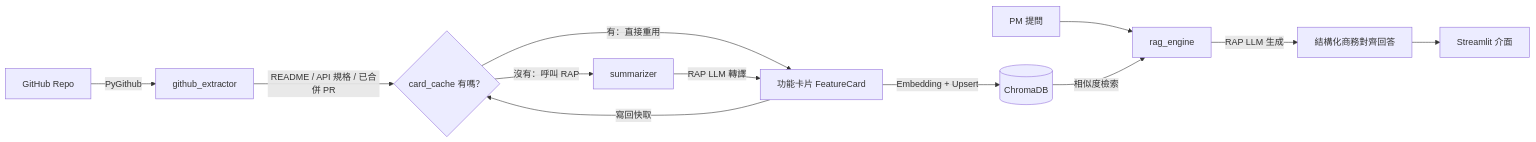
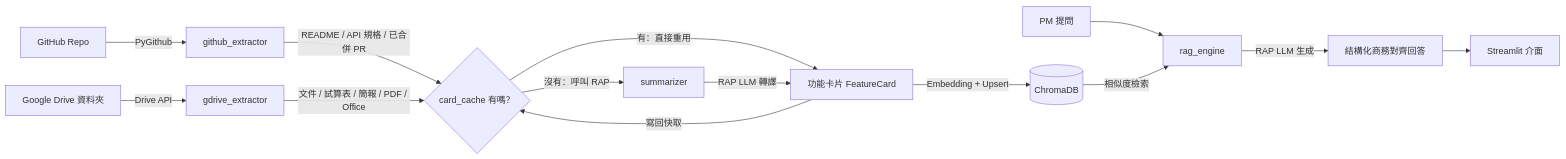
One commit to OogaryoO/PMEC_tool changed the diagram in README.md. Above: the diagram before and after it, drawn with Mermaid. The commit also changed other lines of this file and 15 other files, not shown here.

````diff
--- a/README.md
+++ b/README.md
@@ -28,14 +33,16 @@
 ```mermaid
 flowchart LR
     A[GitHub Repo] -->|PyGithub| B[github_extractor]
     B -->|README / API 規格 / 已合併 PR| Z{card_cache 有嗎？}
+    J[Google Drive 資料夾] -->|Drive API| K[gdrive_extractor]
+    K -->|文件 / 試算表 / 簡報 / PDF / Office| Z
     Z -->|有：直接重用| D[功能卡片 FeatureCard]
     Z -->|沒有：呼叫 RAP| C[summarizer]
     C -->|RAP LLM 轉譯| D
     D -->|寫回快取| Z
     D -->|Embedding + Upsert| E[(ChromaDB)]
     F[PM 提問] --> G[rag_engine]
     E -->|相似度檢索| G
     G -->|RAP LLM 生成| H[結構化商務對齊回答]
     H --> I[Streamlit 介面]
 ```
````
